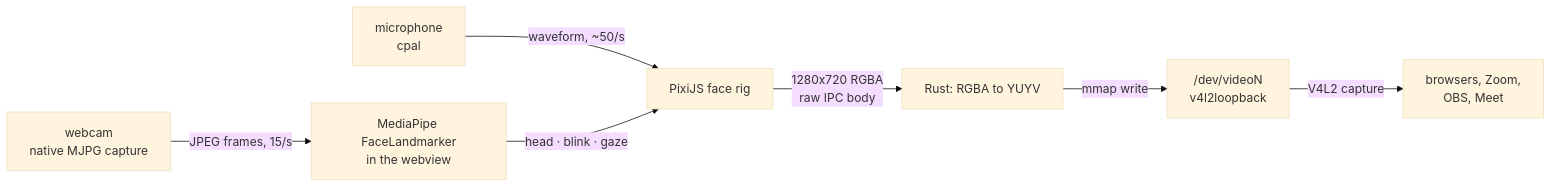
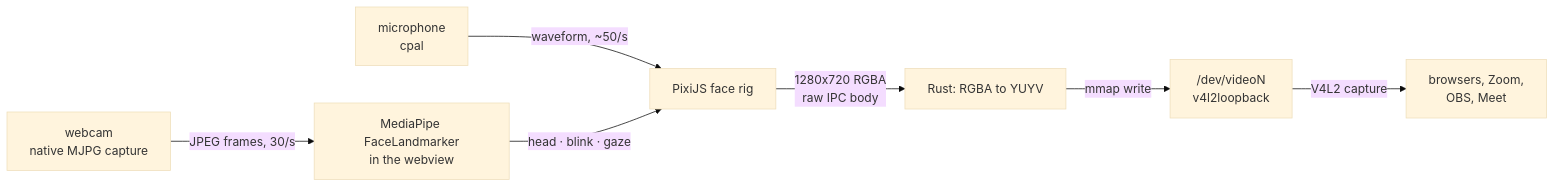
Before and after one commit to Victor-Viicell/viicell-face: the diagram in README.md, drawn with Mermaid (base theme). The commit also changed other lines of this file and 21 other files, not shown here.

````diff
--- a/README.md
+++ b/README.md
@@ -15,9 +15,9 @@
 ```mermaid
  graph LR
     M["microphone<br/>cpal"] -->|"waveform, ~50/s"| F["PixiJS face rig"]
-    C["webcam<br/>native MJPG capture"] -->|"JPEG frames, 15/s"| T["MediaPipe FaceLandmarker<br/>in the webview"]
+    C["webcam<br/>native MJPG capture"] -->|"JPEG frames, 30/s"| T["MediaPipe FaceLandmarker<br/>in the webview"]
     T -->|"head · blink · gaze"| F
     F -->|"1280x720 RGBA<br/>raw IPC body"| B["Rust: RGBA to YUYV"]
     B -->|"mmap write"| V["/dev/videoN<br/>v4l2loopback"]
     V -->|"V4L2 capture"| D["browsers, Zoom,<br/>OBS, Meet"]
 ```
````
